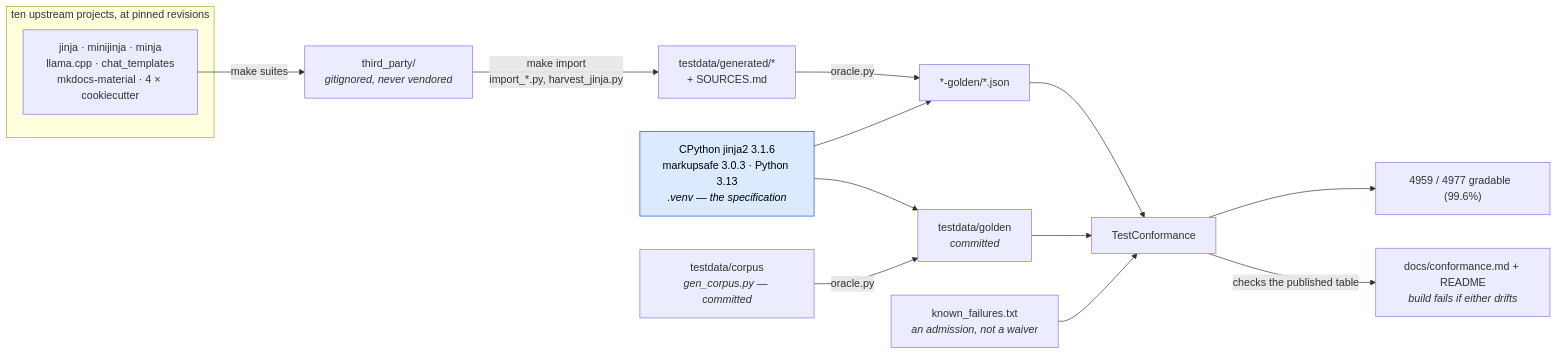
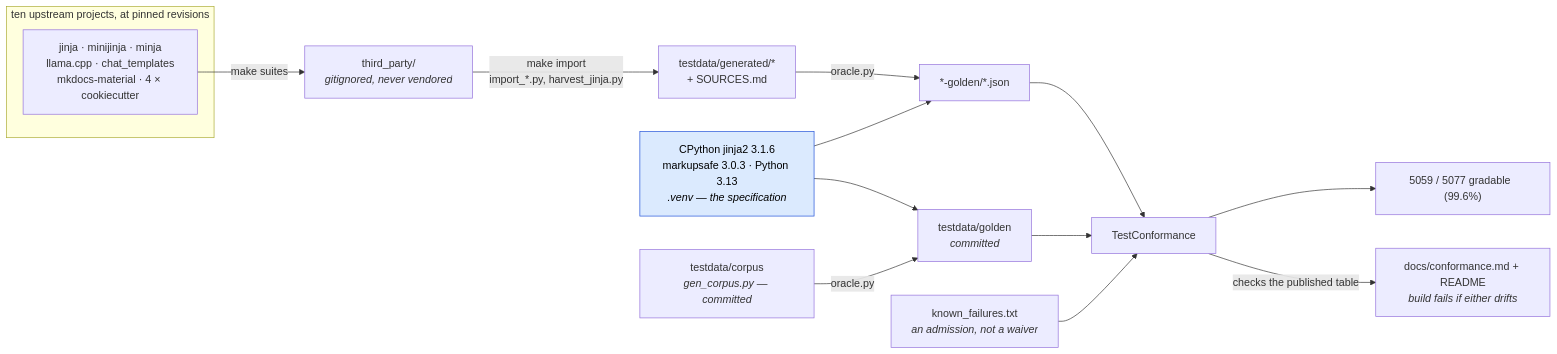
One commit to mgilbir/gojja2 changed the first of 2 diagrams in docs/conformance.md. Above: the diagram before and after it, drawn with Mermaid. The commit also changed other lines of this file and 306 other files, not shown here.

````diff
--- a/docs/conformance.md
+++ b/docs/conformance.md
@@ -17,24 +17,24 @@
 ```mermaid
 flowchart LR
     subgraph up["ten upstream projects, at pinned revisions"]
         U1["jinja · minijinja · minja<br/>llama.cpp · chat_templates<br/>mkdocs-material · 4 × cookiecutter"]
     end
     U1 -->|"make suites"| TP["third_party/<br/><i>gitignored, never vendored</i>"]
     TP -->|"make import<br/>import_*.py, harvest_jinja.py"| GEN["testdata/generated/*<br/>+ SOURCES.md"]
 
     ORA["CPython jinja2 3.1.6<br/>markupsafe 3.0.3 · Python 3.13<br/><i>.venv — the specification</i>"]
     GEN -->|"oracle.py"| G2["*-golden/*.json"]
     ORA --> G2
 
     OWN["testdata/corpus<br/><i>gen_corpus.py — committed</i>"] -->|"oracle.py"| G1["testdata/golden<br/><i>committed</i>"]
     ORA --> G1
 
     G1 --> TC["TestConformance"]
     G2 --> TC
     KF["known_failures.txt<br/><i>an admission, not a waiver</i>"] --> TC
-    TC --> RATE["4959 / 4977 gradable  (99.6%)"]
+    TC --> RATE["5059 / 5077 gradable  (99.6%)"]
     TC -->|"checks the published table"| RM["docs/conformance.md + README<br/><i>build fails if either drifts</i>"]
 
     classDef spec fill:#dbeafe,stroke:#1d4ed8,color:#000
     class ORA spec
 ```
````
